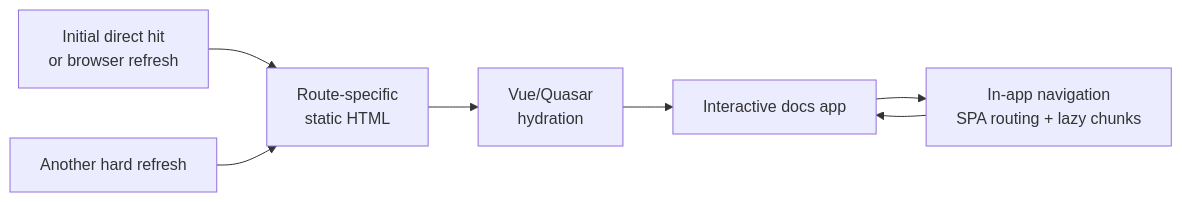
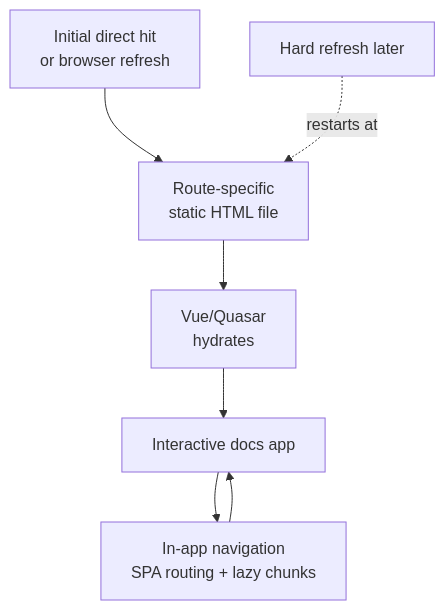
One commit to md-plugins/md-plugins changed the diagram in packages/docs/src/markdown/vite-plugins/vite-ssg-plugin/overview.md. Above: the diagram before and after it, drawn with Mermaid. The commit also changed 1 other file, not shown here.

Commit message:
docs(ssg): make lifecycle diagram mobile friendly

````diff
--- a/packages/docs/src/markdown/vite-plugins/vite-ssg-plugin/overview.md
+++ b/packages/docs/src/markdown/vite-plugins/vite-ssg-plugin/overview.md
@@ -37,13 +37,14 @@
 ```mermaid
-flowchart LR
+flowchart TD
   firstHit["Initial direct hit<br/>or browser refresh"]
-  staticHtml["Route-specific<br/>static HTML"]
-  hydration["Vue/Quasar<br/>hydration"]
+  staticHtml["Route-specific<br/>static HTML file"]
+  hydration["Vue/Quasar<br/>hydrates"]
   interactive["Interactive docs app"]
   spaNav["In-app navigation<br/>SPA routing + lazy chunks"]
-  hardRefresh["Another hard refresh"]
+  hardRefresh["Hard refresh later"]
 
-  firstHit --> staticHtml --> hydration --> interactive --> spaNav
+  firstHit --> staticHtml --> hydration --> interactive
+  interactive --> spaNav
   spaNav --> interactive
-  hardRefresh --> staticHtml
+  hardRefresh -. restarts at .-> staticHtml
 ```
````
